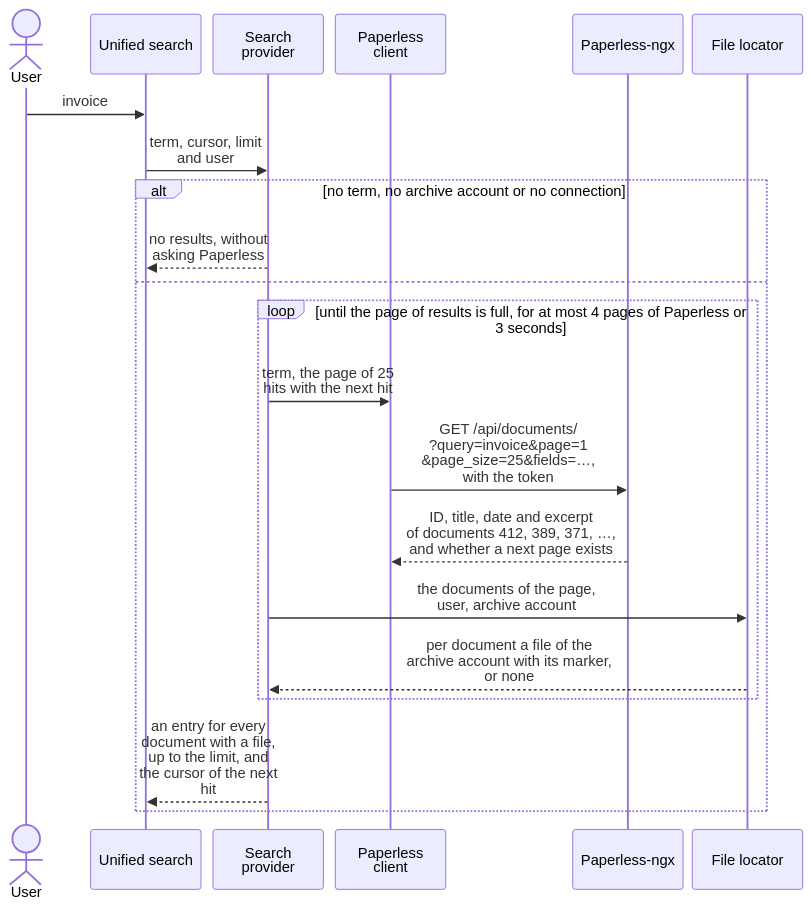
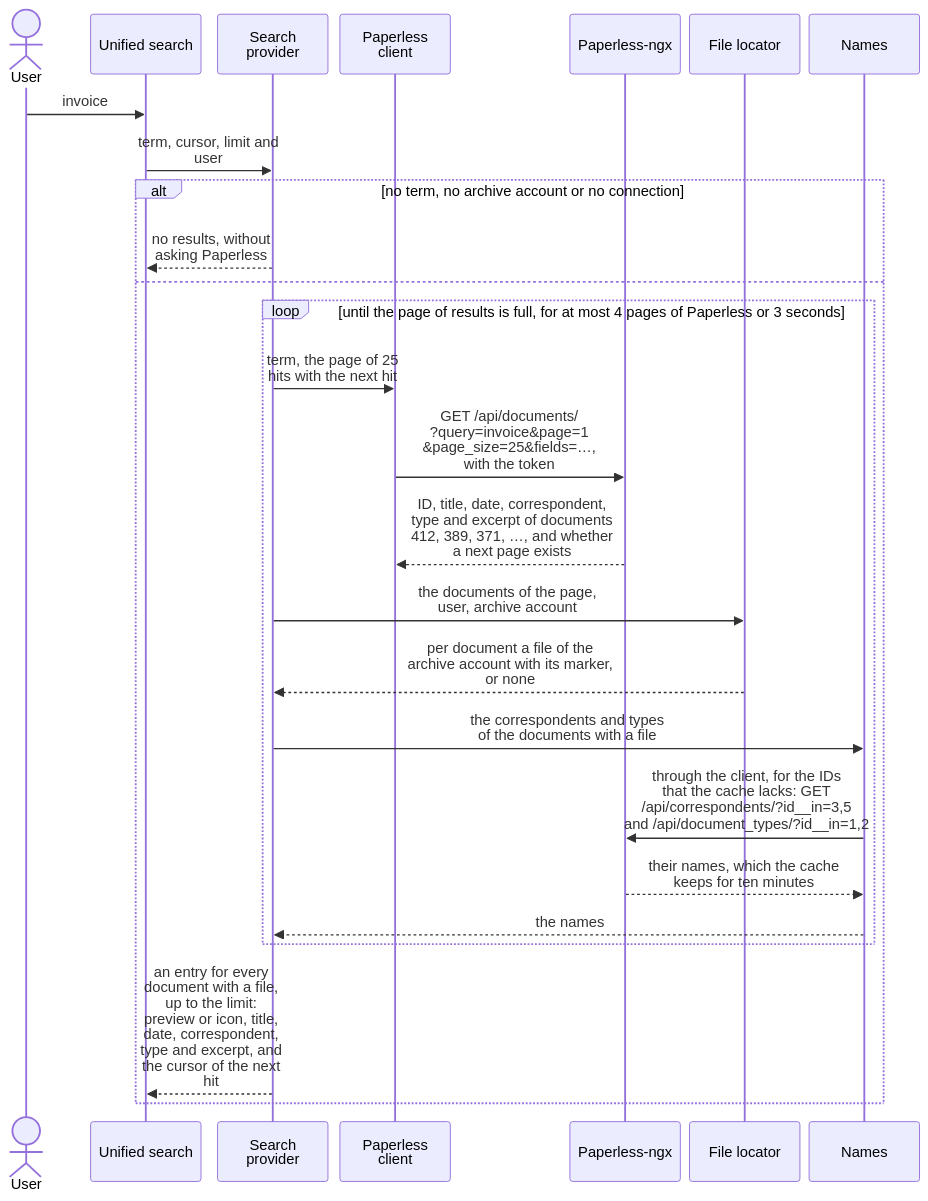
The diagram in docs/diagrams/the-data-flow-of-a-search.mmd (Dennis-Otto/paperless-unified-search), drawn with Mermaid before and after one commit. The commit also changed 40 other files, not shown here.

First line of the commit message:
feat(search): show a preview, the date in the user's language, the correspondent and the type of each document (#143)

```diff
--- a/docs/diagrams/the-data-flow-of-a-search.mmd
+++ b/docs/diagrams/the-data-flow-of-a-search.mmd
@@ -1,31 +1,36 @@
 ---
 config:
   sequence:
     wrap: true
     width: 120
     actorMargin: 10
 ---
 sequenceDiagram
     accTitle: The data flow of a search
-    accDescr: A user searches for invoice. The unified search passes the term, the cursor, the limit and the user to the search provider. Without a term, an archive account or a connection, the provider answers with no results and doesn't ask Paperless. Otherwise, until the page of results is full, the Paperless client asks Paperless-ngx with the token for the page of 25 hits that holds the next hit, and only for the fields that a result shows, and Paperless answers with the ID, the title, the date and the excerpt of documents 412, 389, 371 and more, and whether a next page exists. One call of the file locator covers all documents of that page and returns for each a file of the archive account with its marker, or none. This repeats for at most 4 pages of Paperless or 3 seconds. The provider answers with an entry for every document with a file, up to the limit, and the cursor of the first hit that it didn't go through.
+    accDescr: A user searches for invoice. The unified search passes the term, the cursor, the limit and the user to the search provider. Without a term, an archive account or a connection, the provider answers with no results and doesn't ask Paperless. Otherwise, until the page of results is full, the Paperless client asks Paperless-ngx with the token for the page of 25 hits that holds the next hit, and only for the fields that a result shows, and Paperless answers with the ID, the title, the date, the IDs of the correspondent and the type and the excerpt of documents 412, 389, 371 and more, and whether a next page exists. One call of the file locator covers all documents of that page and returns for each a file of the archive account with its marker, or none. For the documents with a file, the names ask Paperless, through the client, for the correspondents and the types that the cache doesn't hold, with one request per kind, and keep their names for ten minutes. This repeats for at most 4 pages of Paperless or 3 seconds. The provider answers with an entry for every document with a file, up to the limit, with the preview of the file or the icon of its type, the title, the date in the language of the user, the correspondent, the type and the excerpt, and the cursor of the first hit that it didn't go through.
 
     actor User
     participant Search as Unified search
     participant Provider as Search provider
     participant Client as Paperless client
     participant Paperless as Paperless-ngx
     participant Locator as File locator
+    participant Names as Names
     User->>Search: invoice
     Search->>Provider: term, cursor, limit and user
     alt no term, no archive account or no connection
         Provider-->>Search: no results, without asking Paperless
     else
         loop until the page of results is full, for at most 4 pages of Paperless or 3 seconds
             Provider->>Client: term, the page of 25 hits with the next hit
             Client->>Paperless: GET /api/documents/<br>?query=invoice&page=1<br>&page_size=25&fields=…,<br>with the token
-            Paperless-->>Client: ID, title, date and excerpt<br>of documents 412, 389, 371, …,<br>and whether a next page exists
+            Paperless-->>Client: ID, title, date, correspondent,<br>type and excerpt of documents<br>412, 389, 371, …, and whether<br>a next page exists
             Provider->>Locator: the documents of the page,<br>user, archive account
             Locator-->>Provider: per document a file of the<br>archive account with its marker,<br>or none
+            Provider->>Names: the correspondents and types<br>of the documents with a file
+            Names->>Paperless: through the client, for the IDs<br>that the cache lacks: GET<br>/api/correspondents/?id__in=3,5<br>and /api/document_types/?id__in=1,2
+            Paperless-->>Names: their names, which the cache<br>keeps for ten minutes
+            Names-->>Provider: the names
         end
-        Provider-->>Search: an entry for every document with a file, up to the limit, and the cursor of the next hit
+        Provider-->>Search: an entry for every document with a file, up to the limit: preview or icon, title, date, correspondent, type and excerpt, and the cursor of the next hit
     end
```
